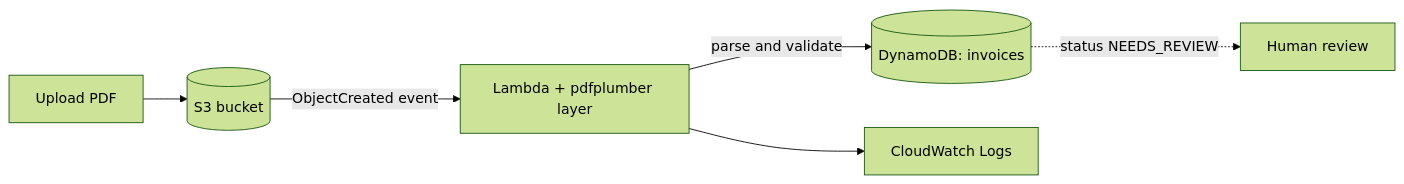
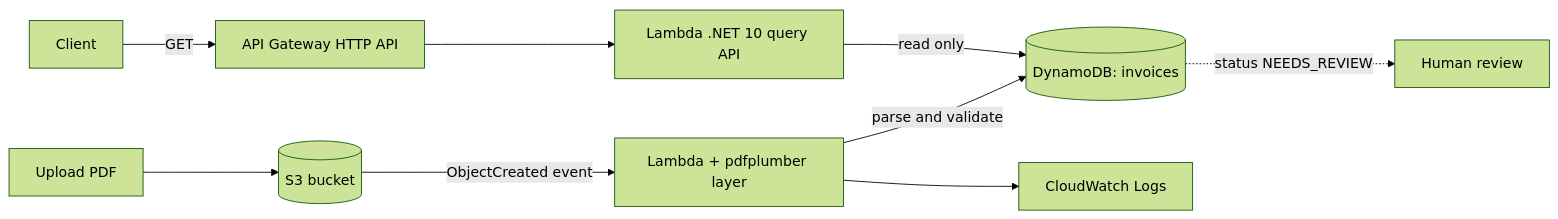
One commit to linhtruong309/aws-serverless-invoice-pipeline changed the diagram in README.md. Above: the diagram before and after it, drawn with Mermaid (forest theme). The commit also changed other lines of this file, not shown here.

First line of the commit message:
docs(readme): document the .NET query API

````diff
--- a/README.md
+++ b/README.md
@@ -12,8 +12,11 @@
 ```mermaid
 flowchart LR
     A[Upload PDF] --> B[(S3 bucket)]
     B -- ObjectCreated event --> C[Lambda + pdfplumber layer]
     C -- parse and validate --> D[(DynamoDB: invoices)]
     C --> E[CloudWatch Logs]
     D -. status NEEDS_REVIEW .-> F[Human review]
+    G[Client] -- GET --> H[API Gateway HTTP API]
+    H --> I[Lambda .NET 10 query API]
+    I -- read only --> D
 ```
````
